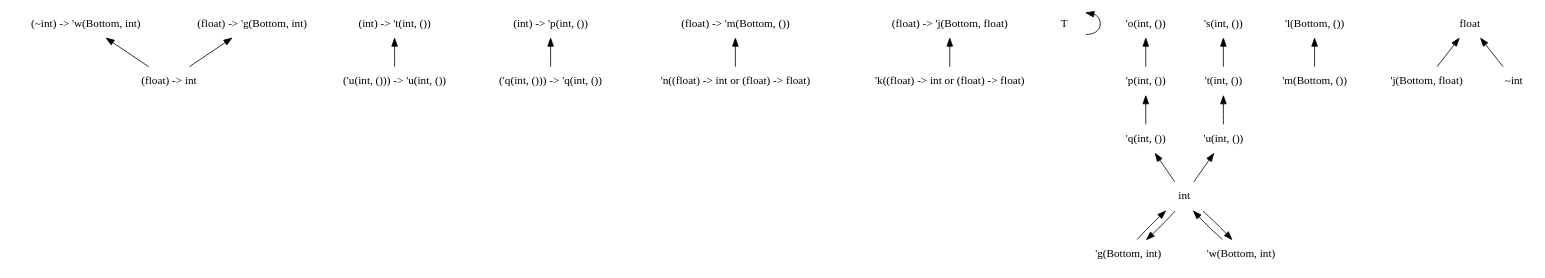
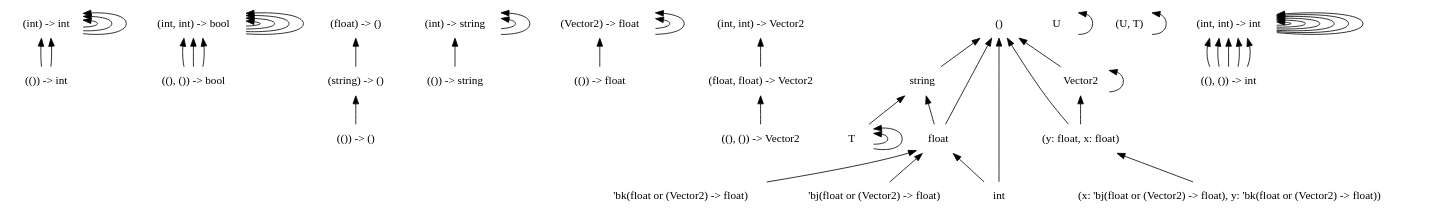
One commit to chocobo333/regino changed the diagram in dots/2.dot. Above: the diagram before and after it, drawn with Graphviz. The commit also changed 37 other files, not shown here.

```diff
--- a/dots/2.dot
+++ b/dots/2.dot
@@ -1,57 +1,91 @@
 digraph order {
   graph [
     size = "30,10"
     ];
   node [
     shape = none
     ];
   edge [
     dir = back
     ];
-  "(float) -> int"
-  "(~int) -> 'w(Bottom, int)"
-  "(float) -> 'g(Bottom, int)"
-  "(int) -> 't(int, ())"
-  "(int) -> 'p(int, ())"
-  "(float) -> 'm(Bottom, ())"
-  "(float) -> 'j(Bottom, float)"
+  "(()) -> int"
+  "(int) -> int"
+  "((), ()) -> bool"
+  "(int, int) -> bool"
+  "(()) -> ()"
+  "(string) -> ()"
+  "(()) -> string"
+  "(int) -> string"
+  "(()) -> float"
+  "(Vector2) -> float"
+  "((), ()) -> Vector2"
+  "(float, float) -> Vector2"
+  "(float) -> ()"
+  "(int, int) -> Vector2"
+  "string"
+  "Vector2"
+  "(y: float, x: float)"
+  "(x: 'bj(float or (Vector2) -> float), y: 'bk(float or (Vector2) -> float))"
   "T"
-  "'k((float) -> int or (float) -> float)"
-  "'n((float) -> int or (float) -> float)"
-  "'t(int, ())"
-  "'u(int, ())"
-  "'p(int, ())"
-  "'q(int, ())"
-  "'m(Bottom, ())"
-  "'g(Bottom, int)"
-  "'w(Bottom, int)"
-  "'j(Bottom, float)"
-  "'s(int, ())"
-  "'o(int, ())"
-  "'l(Bottom, ())"
+  "U"
+  "T"
+  "T"
+  "()"
+  "(U, T)"
+  "'bk(float or (Vector2) -> float)"
   "float"
+  "'bj(float or (Vector2) -> float)"
   "int"
-  "~int"
-  "('u(int, ())) -> 'u(int, ())"
-  "('q(int, ())) -> 'q(int, ())"
-  "(float) -> 'm(Bottom, ())" -> "'n((float) -> int or (float) -> float)"
-  "(float) -> 'j(Bottom, float)" -> "'k((float) -> int or (float) -> float)"
-  "(~int) -> 'w(Bottom, int)" -> "(float) -> int"
-  "(float) -> 'g(Bottom, int)" -> "(float) -> int"
-  "'w(Bottom, int)" -> "int"
+  "((), ()) -> int"
+  "(int, int) -> int"
+  "(float, float) -> Vector2" -> "((), ()) -> Vector2"
+  "(int, int) -> Vector2" -> "(float, float) -> Vector2"
+  "(int, int) -> int" -> "((), ()) -> int"
+  "(int, int) -> int" -> "((), ()) -> int"
+  "(int, int) -> int" -> "((), ()) -> int"
+  "(int, int) -> int" -> "(int, int) -> int"
+  "(int, int) -> int" -> "((), ()) -> int"
+  "(int, int) -> int" -> "((), ()) -> int"
+  "(int, int) -> int" -> "(int, int) -> int"
+  "(int) -> int" -> "(int) -> int"
+  "(int) -> int" -> "(()) -> int"
+  "(int) -> int" -> "(()) -> int"
+  "(int) -> int" -> "(int) -> int"
+  "(int, int) -> int" -> "(int, int) -> int"
+  "(int) -> int" -> "(int) -> int"
+  "(int, int) -> int" -> "(int, int) -> int"
+  "(int, int) -> bool" -> "((), ()) -> bool"
+  "(int, int) -> bool" -> "(int, int) -> bool"
+  "(int, int) -> bool" -> "((), ()) -> bool"
+  "(int, int) -> bool" -> "((), ()) -> bool"
+  "(int, int) -> bool" -> "(int, int) -> bool"
+  "(int, int) -> bool" -> "(int, int) -> bool"
+  "(int) -> string" -> "(()) -> string"
+  "(int) -> string" -> "(int) -> string"
+  "(int) -> string" -> "(int) -> string"
+  "(string) -> ()" -> "(()) -> ()"
+  "string" -> "T"
+  "string" -> "float"
+  "Vector2" -> "Vector2"
+  "Vector2" -> "(y: float, x: float)"
+  "(float) -> ()" -> "(string) -> ()"
+  "(int, int) -> bool" -> "(int, int) -> bool"
+  "(int, int) -> int" -> "(int, int) -> int"
+  "(int, int) -> int" -> "(int, int) -> int"
+  "(y: float, x: float)" -> "(x: 'bj(float or (Vector2) -> float), y: 'bk(float or (Vector2) -> float))"
   "T" -> "T"
-  "float" -> "'j(Bottom, float)"
-  "float" -> "~int"
-  "'s(int, ())" -> "'t(int, ())"
-  "'u(int, ())" -> "int"
-  "'t(int, ())" -> "'u(int, ())"
-  "int" -> "'g(Bottom, int)"
-  "int" -> "'w(Bottom, int)"
-  "'o(int, ())" -> "'p(int, ())"
-  "'q(int, ())" -> "int"
-  "'p(int, ())" -> "'q(int, ())"
-  "'l(Bottom, ())" -> "'m(Bottom, ())"
-  "'g(Bottom, int)" -> "int"
-  "(int) -> 't(int, ())" -> "('u(int, ())) -> 'u(int, ())"
-  "(int) -> 'p(int, ())" -> "('q(int, ())) -> 'q(int, ())"
+  "U" -> "U"
+  "T" -> "T"
+  "()" -> "string"
+  "()" -> "Vector2"
+  "()" -> "(y: float, x: float)"
+  "()" -> "float"
+  "()" -> "int"
+  "(U, T)" -> "(U, T)"
+  "float" -> "'bk(float or (Vector2) -> float)"
+  "float" -> "'bj(float or (Vector2) -> float)"
+  "float" -> "int"
+  "(Vector2) -> float" -> "(()) -> float"
+  "(Vector2) -> float" -> "(Vector2) -> float"
+  "(Vector2) -> float" -> "(Vector2) -> float"
 }
```
